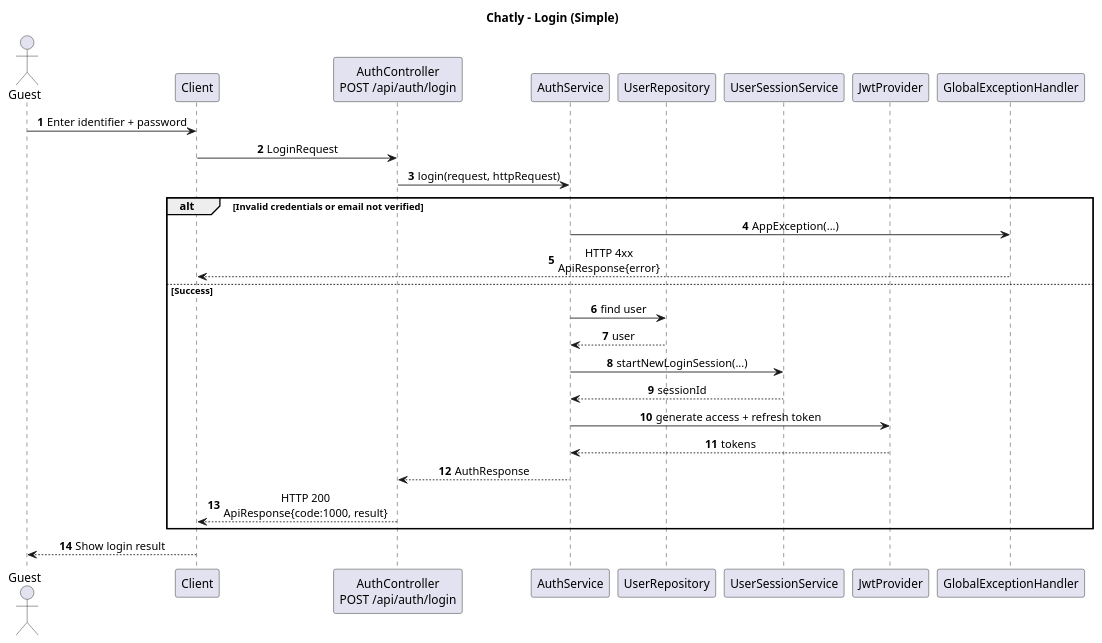
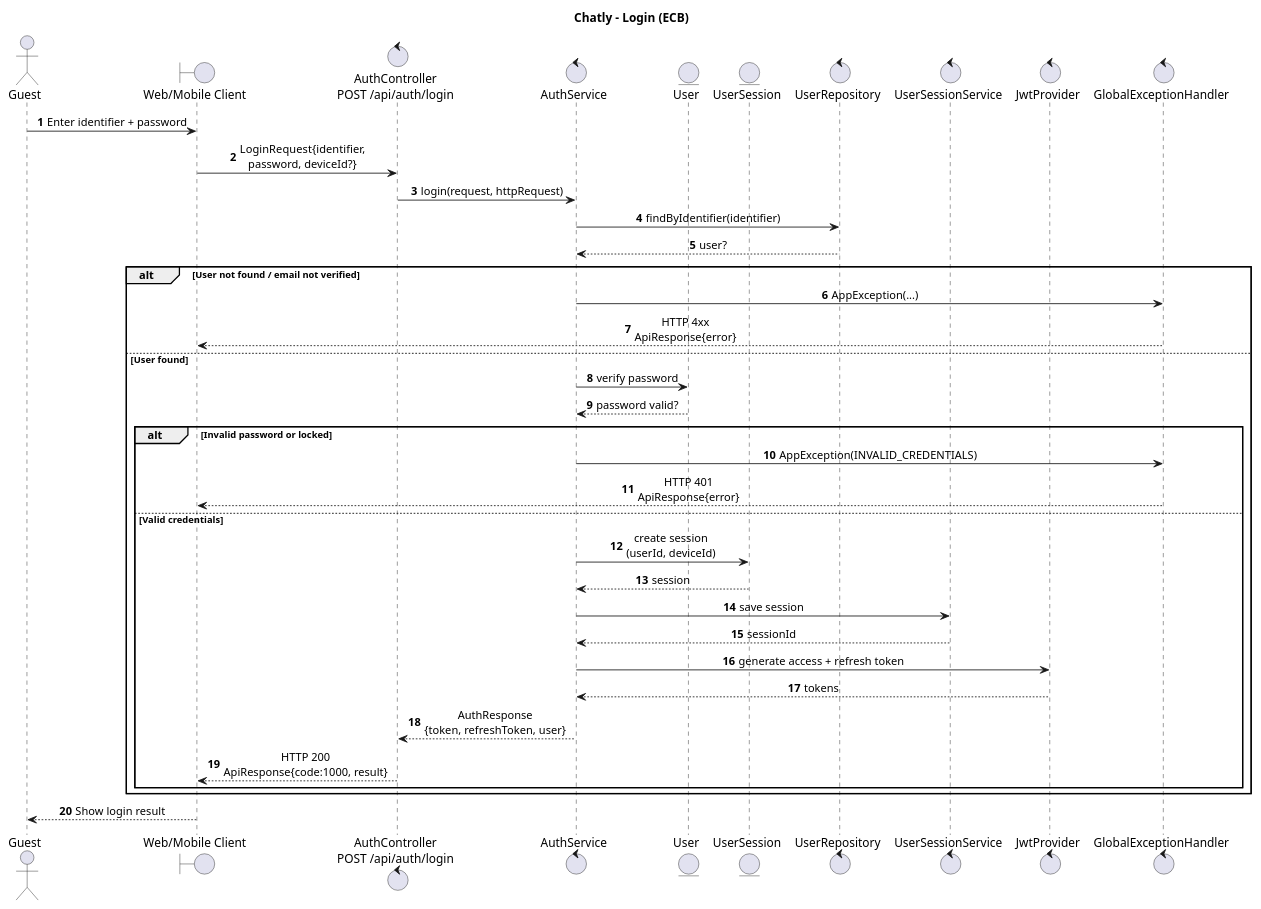
The diagram in _resources/diagram/Chatly_Sequence_Login.puml (giasinguyen/chatly-messaging-platform), drawn with PlantUML before and after one commit. The commit also changed 13 other files, not shown here.

First line of the commit message:
Refactor sequence diagrams and update story privacy handling

```diff
--- a/_resources/diagram/Chatly_Sequence_Login.puml
+++ b/_resources/diagram/Chatly_Sequence_Login.puml
@@ -1,37 +1,49 @@
 @startuml Chatly_Sequence_Login
-title Chatly - Login (Simple)
+title Chatly - Login (ECB)
 
 autonumber
 skinparam sequenceMessageAlign center
 skinparam responseMessageBelowArrow true
 
-actor Guest as G
-participant "Client" as Client
-participant "AuthController\nPOST /api/auth/login" as AuthController
-participant "AuthService" as AuthService
-participant "UserRepository" as UserRepo
-participant "UserSessionService" as SessionService
-participant "JwtProvider" as JwtProvider
-participant "GlobalExceptionHandler" as ExceptionHandler
+actor "Guest" as Guest
+boundary "Web/Mobile Client" as Client
+control "AuthController\nPOST /api/auth/login" as AuthController
+control "AuthService" as AuthService
+entity "User" as UserEntity
+entity "UserSession" as SessionEntity
+control "UserRepository" as UserRepo
+control "UserSessionService" as SessionService
+control "JwtProvider" as JwtProvider
+control "GlobalExceptionHandler" as ExceptionHandler
 
-G -> Client: Enter identifier + password
-Client -> AuthController: LoginRequest
+Guest -> Client: Enter identifier + password
+Client -> AuthController: LoginRequest{identifier,\npassword, deviceId?}
 AuthController -> AuthService: login(request, httpRequest)
 
-alt Invalid credentials or email not verified
+AuthService -> UserRepo: findByIdentifier(identifier)
+UserRepo --> AuthService: user?
+
+alt User not found / email not verified
   AuthService -> ExceptionHandler: AppException(...)
   ExceptionHandler --> Client: HTTP 4xx\nApiResponse{error}
-else Success
-  AuthService -> UserRepo: find user
-  UserRepo --> AuthService: user
-  AuthService -> SessionService: startNewLoginSession(...)
-  SessionService --> AuthService: sessionId
-  AuthService -> JwtProvider: generate access + refresh token
-  JwtProvider --> AuthService: tokens
-  AuthService --> AuthController: AuthResponse
-  AuthController --> Client: HTTP 200\nApiResponse{code:1000, result}
+else User found
+  AuthService -> UserEntity: verify password
+  UserEntity --> AuthService: password valid?
+  alt Invalid password or locked
+    AuthService -> ExceptionHandler: AppException(INVALID_CREDENTIALS)
+    ExceptionHandler --> Client: HTTP 401\nApiResponse{error}
+  else Valid credentials
+    AuthService -> SessionEntity: create session\n(userId, deviceId)
+    SessionEntity --> AuthService: session
+    AuthService -> SessionService: save session
+    SessionService --> AuthService: sessionId
+    AuthService -> JwtProvider: generate access + refresh token
+    JwtProvider --> AuthService: tokens
+    AuthService --> AuthController: AuthResponse\n{token, refreshToken, user}
+    AuthController --> Client: HTTP 200\nApiResponse{code:1000, result}
+  end
 end
 
-Client --> G: Show login result
+Client --> Guest: Show login result
 
 @enduml
```
